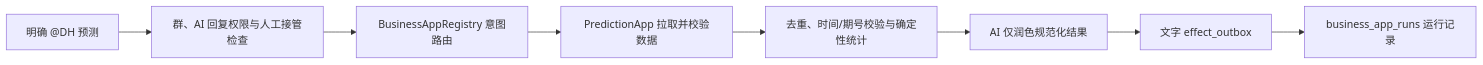
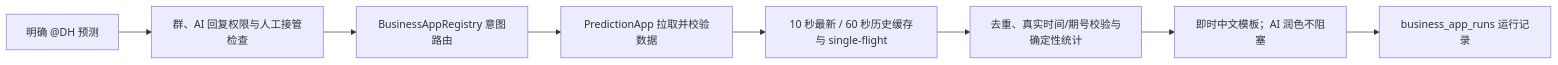
Before and after one commit to DH-devmax/d-hbot: the fourth of 5 diagrams in docs/ARCHITECTURE.md, drawn with Mermaid. The commit also changed other lines of this file and 99 other files, not shown here.

````diff
--- a/docs/ARCHITECTURE.md
+++ b/docs/ARCHITECTURE.md
@@ -55,10 +83,10 @@
 ```mermaid
 flowchart LR
   A["明确 @DH 预测"] --> B["群、AI 回复权限与人工接管检查"]
   B --> C["BusinessAppRegistry 意图路由"]
   C --> D["PredictionApp 拉取并校验数据"]
-  D --> E["去重、时间/期号校验与确定性统计"]
-  E --> F["AI 仅润色规范化结果"]
-  F --> G["文字 effect_outbox"]
+  D --> E["10 秒最新 / 60 秒历史缓存与 single-flight"]
+  E --> F["去重、真实时间/期号校验与确定性统计"]
+  F --> G["即时中文模板；AI 润色不阻塞"]
   G --> H["business_app_runs 运行记录"]
 ```
````
